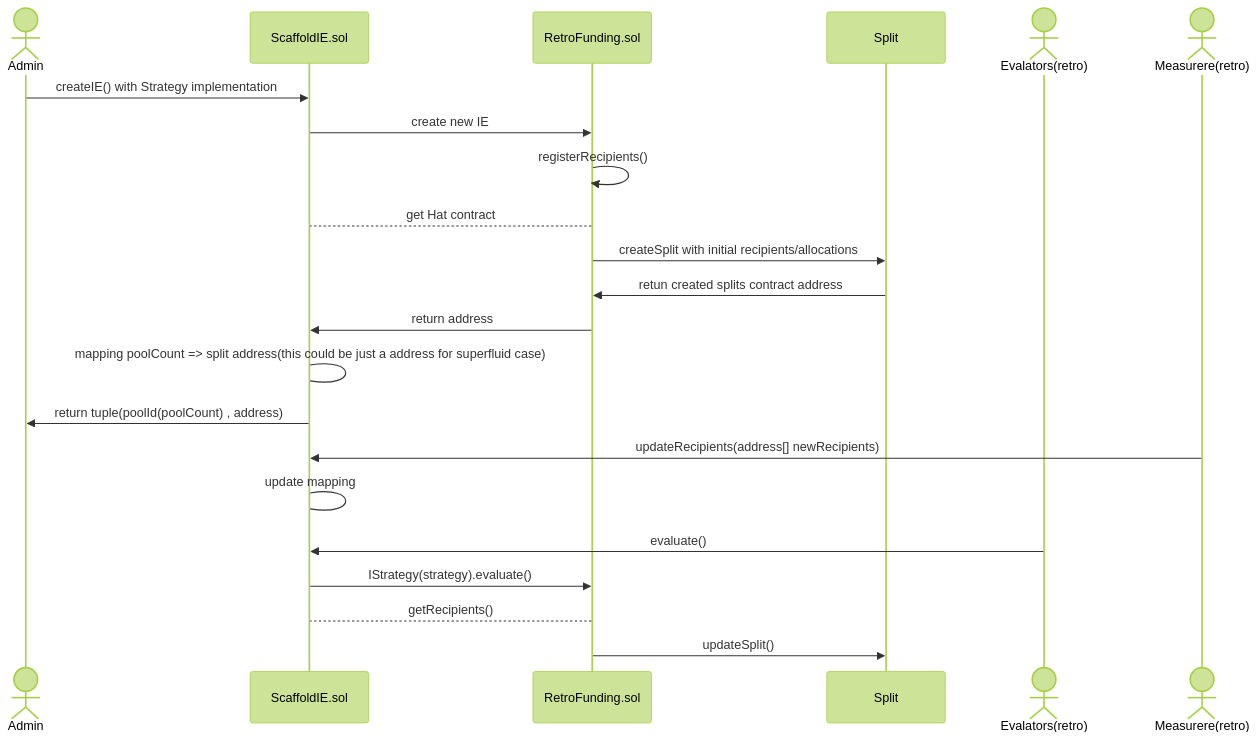
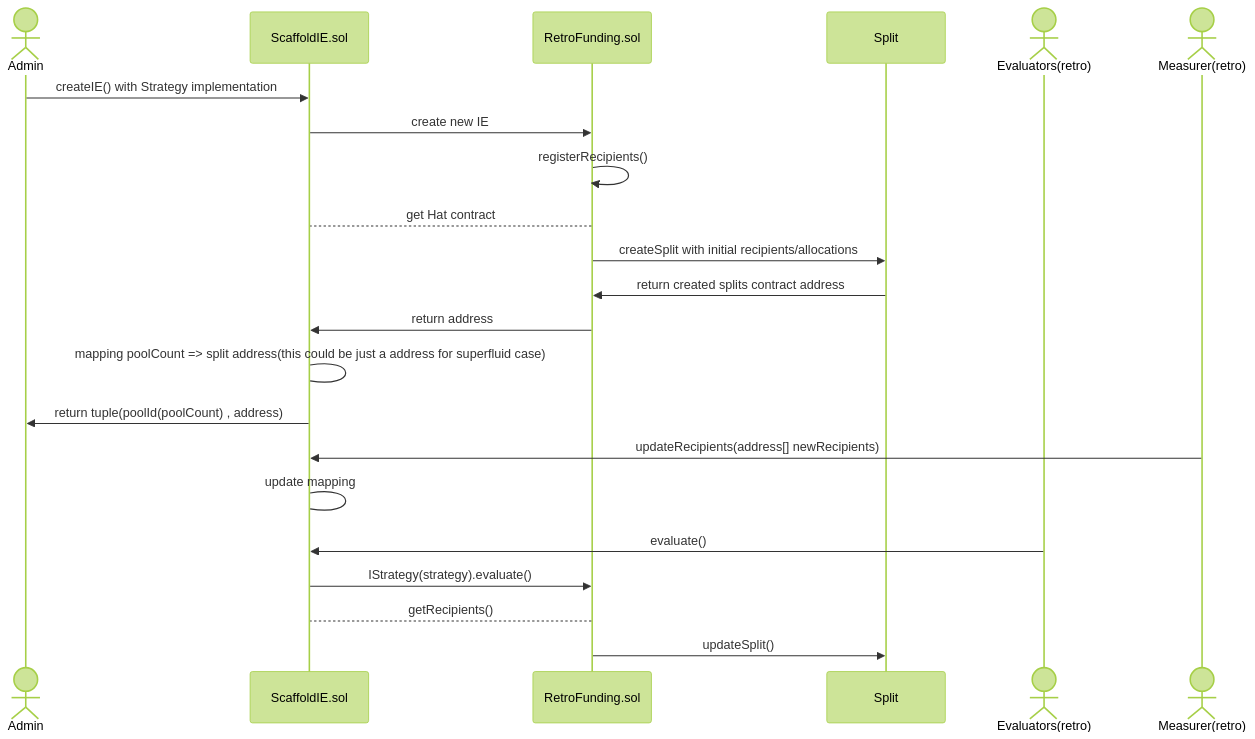
One commit to tnkshuuhei/ie-framework changed the diagram in README.md. Above: the diagram before and after it, drawn with Mermaid (forest theme). The commit also changed other lines of this file, not shown here.

Commit message:
feat: expand README.md to provide comprehensive documentation for Scaffold IE, detailing features, architecture, installation, usage, and strategy implementation

````diff
--- a/README.md
+++ b/README.md
@@ -11,29 +210,27 @@
 ```mermaid
 sequenceDiagram
 
 actor ad as Admin
 participant sc as ScaffoldIE.sol
 participant retro as RetroFunding.sol
 participant sp as Split
-actor e as Evalators(retro)
-actor m as Measurere(retro)
-
+actor e as Evaluators(retro)
+actor m as Measurer(retro)
 
 ad ->> sc : createIE() with Strategy implementation
 sc ->> retro: create new IE
 retro->> retro: registerRecipients()
 retro --> sc: get Hat contract
 retro ->> sp: createSplit with initial recipients/allocations
-sp ->> retro: retun created splits contract address
+sp ->> retro: return created splits contract address
 retro ->> sc: return address
 sc-> sc: mapping poolCount => split address(this could be just a address for superfluid case)
 sc ->> ad: return tuple(poolId(poolCount) , address)
 
 m ->> sc: updateRecipients(address[] newRecipients)
 sc -> sc: update mapping
 e ->> sc: evaluate()
 sc ->> retro: IStrategy(strategy).evaluate()
 retro --> sc: getRecipients()
 retro ->> sp : updateSplit()
-
 ```
````
